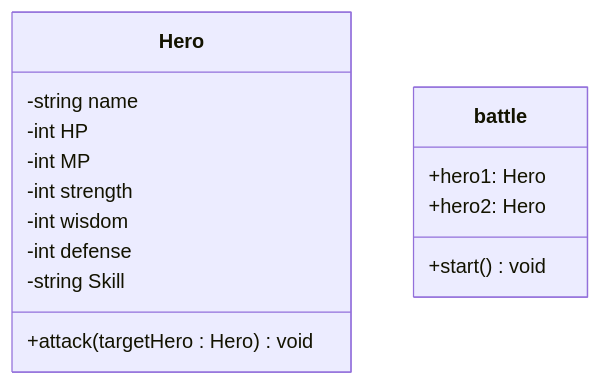
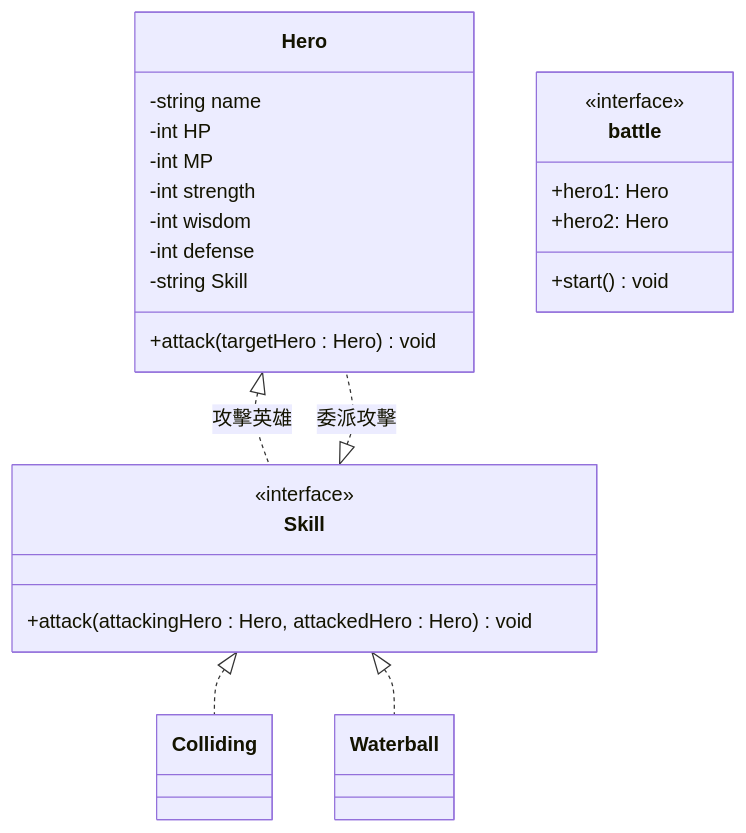
One commit to tenkai0812/JAVA changed the diagram in 14.Design Pattern/README.md. Above: the diagram before and after it, drawn with Mermaid. The commit also changed 1 other file, not shown here.

Commit message:
Strategy Pattern UML done

````diff
--- a/14.Design Pattern/README.md
+++ b/14.Design Pattern/README.md
@@ -21,19 +21,35 @@
 ```mermaid
 classDiagram
     class Hero {
         -string name
         -int HP
         -int MP
         -int strength
         -int wisdom
         -int defense
         -string Skill
         +attack(targetHero : Hero) void
     }
 
     class battle {
+        <<interface>>
         +hero1: Hero
         +hero2: Hero
         +start() void
     }
+
+    class Skill{
+        <<interface>>
+        +attack(attackingHero : Hero, attackedHero : Hero) void
+    }
+
+    class Colliding
+
+    class Waterball
+
+
+    Hero <|.. Skill : 攻擊英雄
+    Skill <|.. Hero : 委派攻擊
+    Skill <|.. Colliding
+    Skill <|.. Waterball
 ```
````
